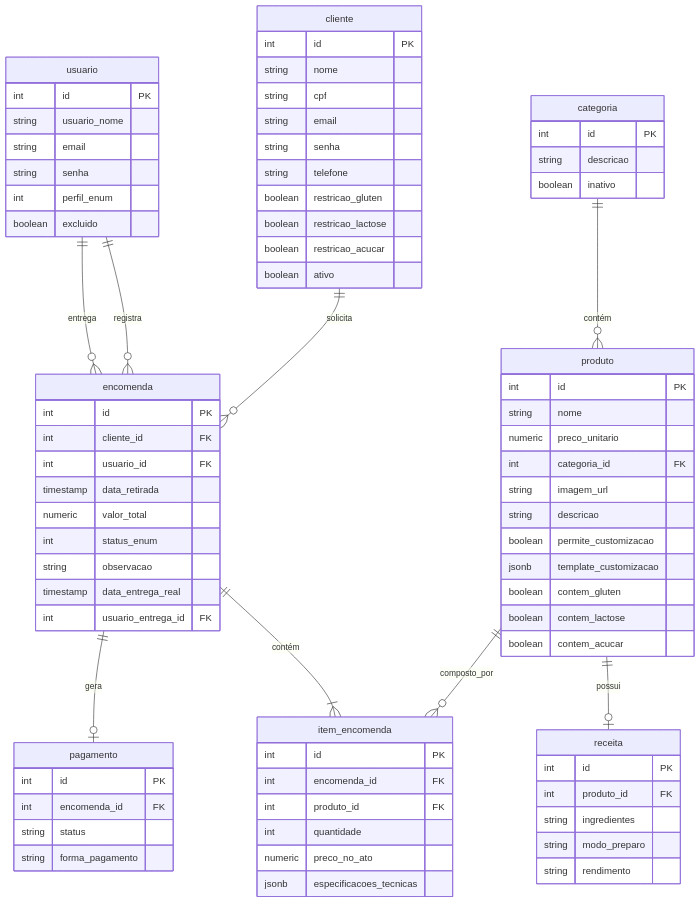
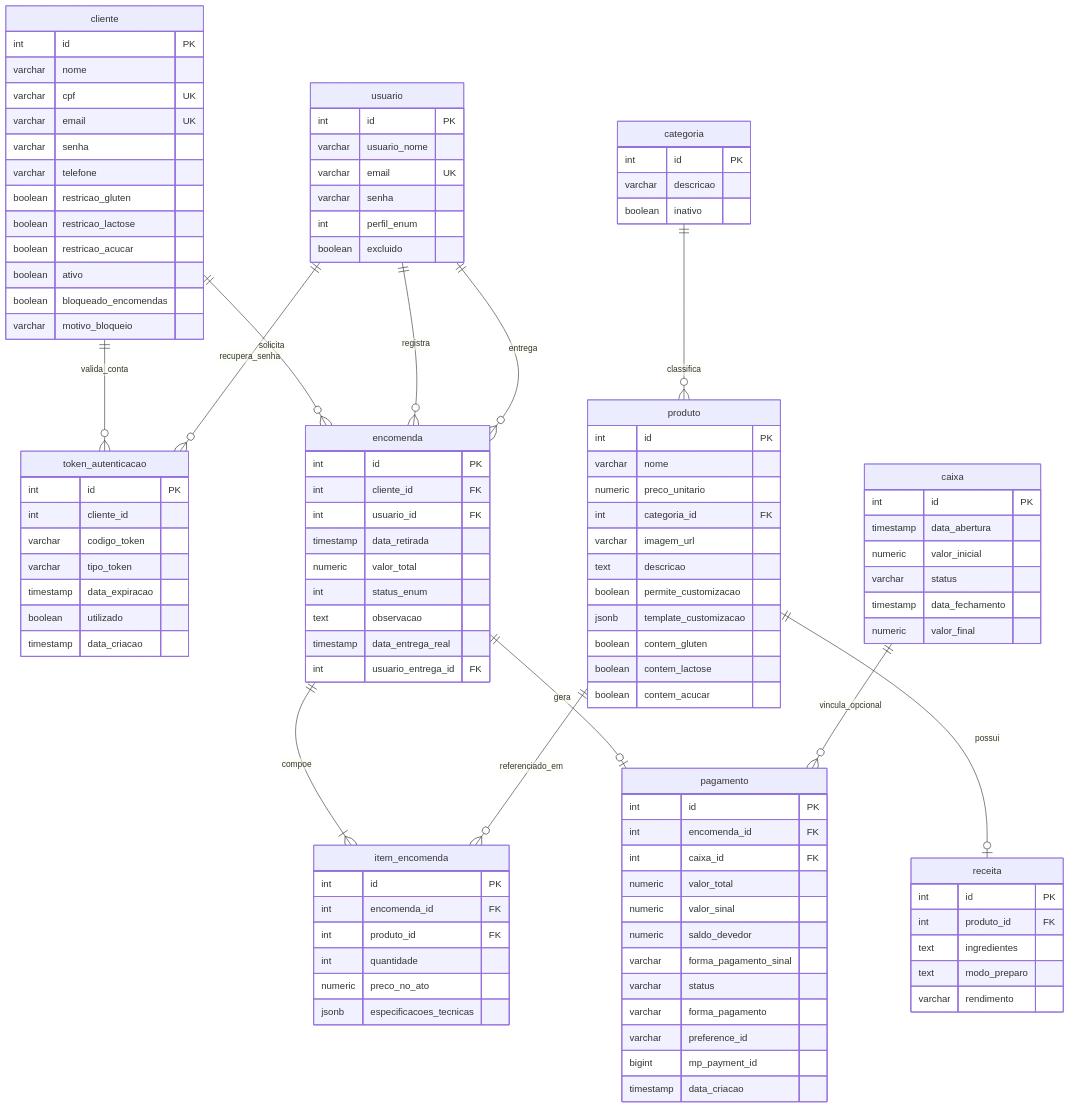
Before and after one commit to HigorGerman/SGEP-Panificadora-Sabor-de-Mel: the diagram in ers_database_specification.md, drawn with Mermaid. The commit also changed other lines of this file and 9 other files, not shown here.

````diff
--- a/ers_database_specification.md
+++ b/ers_database_specification.md
@@ -13,39 +14,51 @@
 erDiagram
     usuario {
         int id PK
-        string usuario_nome
-        string email
-        string senha
+        varchar usuario_nome
+        varchar email UK
+        varchar senha
         int perfil_enum
         boolean excluido
     }
 
     cliente {
         int id PK
-        string nome
-        string cpf
-        string email
-        string senha
-        string telefone
+        varchar nome
+        varchar cpf UK
+        varchar email UK
+        varchar senha
+        varchar telefone
         boolean restricao_gluten
         boolean restricao_lactose
         boolean restricao_acucar
         boolean ativo
+        boolean bloqueado_encomendas
+        varchar motivo_bloqueio
+    }
+
+    token_autenticacao {
+        int id PK
+        int cliente_id
+        varchar codigo_token
+        varchar tipo_token
+        timestamp data_expiracao
+        boolean utilizado
+        timestamp data_criacao
     }
 
     categoria {
         int id PK
-        string descricao
+        varchar descricao
         boolean inativo
     }
 
     produto {
         int id PK
-        string nome
+        varchar nome
         numeric preco_unitario
         int categoria_id FK
-        string imagem_url
-        string descricao
+        varchar imagem_url
+        text descricao
         boolean permite_customizacao
         jsonb template_customizacao
         boolean contem_gluten
@@ -56,9 +69,9 @@
     receita {
         int id PK
         int produto_id FK
-        string ingredientes
-        string modo_preparo
-        string rendimento
+        text ingredientes
+        text modo_preparo
+        varchar rendimento
     }
 
     encomenda {
@@ -68,7 +81,7 @@
         timestamp data_retirada
         numeric valor_total
         int status_enum
-        string observacao
+        text observacao
         timestamp data_entrega_real
         int usuario_entrega_id FK
     }
@@ -82,19 +95,39 @@
         jsonb especificacoes_tecnicas
     }
 
+    caixa {
+        int id PK
+        timestamp data_abertura
+        numeric valor_inicial
+        varchar status
+        timestamp data_fechamento
+        numeric valor_final
+    }
+
     pagamento {
         int id PK
         int encomenda_id FK
-        string status
-        string forma_pagamento
+        int caixa_id FK
+        numeric valor_total
+        numeric valor_sinal
+        numeric saldo_devedor
+        varchar forma_pagamento_sinal
+        varchar status
+        varchar forma_pagamento
+        varchar preference_id
+        bigint mp_payment_id
+        timestamp data_criacao
     }
 
-    categoria ||--o{ produto : "contém"
+    categoria ||--o{ produto : "classifica"
     produto ||--o| receita : "possui"
     cliente ||--o{ encomenda : "solicita"
+    cliente ||--o{ token_autenticacao : "valida_conta"
+    usuario ||--o{ token_autenticacao : "recupera_senha"
     usuario ||--o{ encomenda : "registra"
     usuario ||--o{ encomenda : "entrega"
-    encomenda ||--|{ item_encomenda : "contém"
-    produto ||--o{ item_encomenda : "composto_por"
+    encomenda ||--|{ item_encomenda : "compoe"
+    produto ||--o{ item_encomenda : "referenciado_em"
     encomenda ||--o| pagamento : "gera"
+    caixa ||--o{ pagamento : "vincula_opcional"
 ```
````
